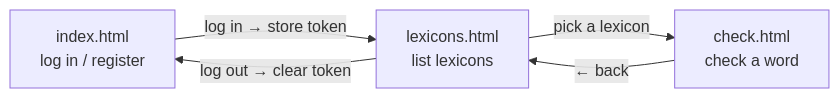
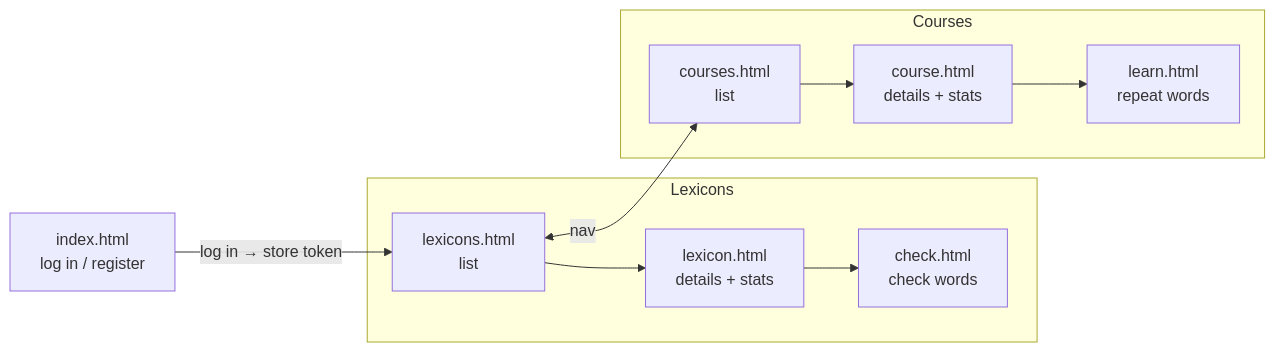
Before and after one commit to enzet/Emmio: the first of 2 diagrams in web/README.md, drawn with Mermaid. The commit also changed other lines of this file and 9 other files, not shown here.

````diff
--- a/web/README.md
+++ b/web/README.md
@@ -34,11 +40,21 @@
 ```mermaid
 flowchart LR
     index["index.html<br/>log in / register"]
-    lexicons["lexicons.html<br/>list lexicons"]
-    check["check.html<br/>check a word"]
+
+    subgraph lex["Lexicons"]
+        lexicons["lexicons.html<br/>list"]
+        lexicon["lexicon.html<br/>details + stats"]
+        check["check.html<br/>check words"]
+        lexicons --> lexicon --> check
+    end
+
+    subgraph courses["Courses"]
+        courseList["courses.html<br/>list"]
+        course["course.html<br/>details + stats"]
+        learn["learn.html<br/>repeat words"]
+        courseList --> course --> learn
+    end
 
     index -->|"log in → store token"| lexicons
-    lexicons -->|"pick a lexicon"| check
-    check -->|"← back"| lexicons
-    lexicons -->|"log out → clear token"| index
+    lexicons <-->|"nav"| courseList
 ```
````
